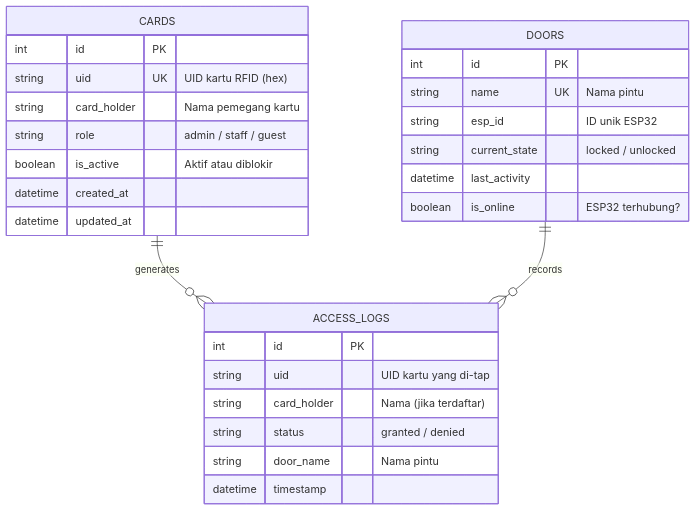
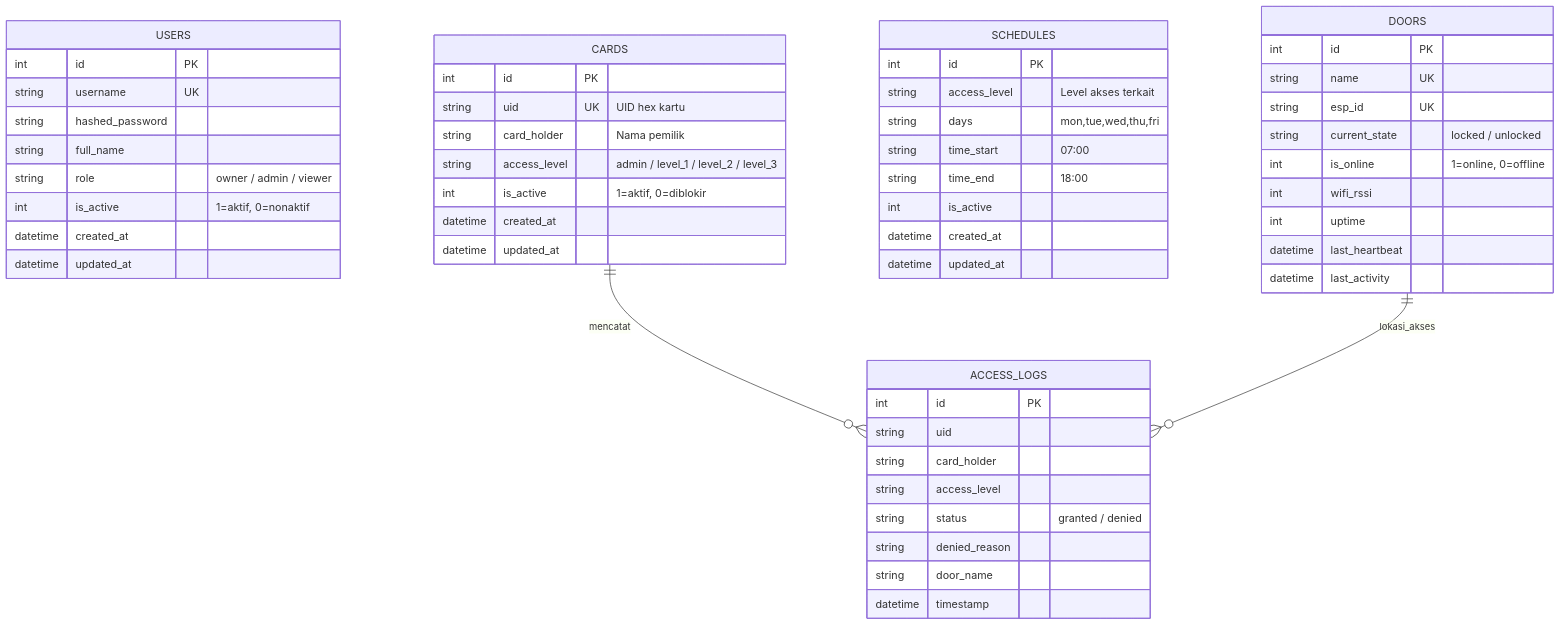
Before and after one commit to Kyz-Riki/web-IoT-access-controll: the third of 4 diagrams in ARSITEKTUR_SISTEM.md, drawn with Mermaid. The commit also changed other lines of this file and 23 other files, not shown here.

````diff
--- a/ARSITEKTUR_SISTEM.md
+++ b/ARSITEKTUR_SISTEM.md
@@ -112,33 +110,60 @@
 ```mermaid
 erDiagram
+    USERS {
+        int id PK
+        string username UK
+        string hashed_password
+        string full_name
+        string role "owner / admin / viewer"
+        int is_active "1=aktif, 0=nonaktif"
+        datetime created_at
+        datetime updated_at
+    }
+
     CARDS {
         int id PK
-        string uid UK "UID kartu RFID (hex)"
-        string card_holder "Nama pemegang kartu"
-        string role "admin / staff / guest"
-        boolean is_active "Aktif atau diblokir"
+        string uid UK "UID hex kartu"
+        string card_holder "Nama pemilik"
+        string access_level "admin / level_1 / level_2 / level_3"
+        int is_active "1=aktif, 0=diblokir"
+        datetime created_at
+        datetime updated_at
+    }
+
+    SCHEDULES {
+        int id PK
+        string access_level "Level akses terkait"
+        string days "mon,tue,wed,thu,fri"
+        string time_start "07:00"
+        string time_end "18:00"
+        int is_active
         datetime created_at
         datetime updated_at
     }
 
     ACCESS_LOGS {
         int id PK
-        string uid "UID kartu yang di-tap"
-        string card_holder "Nama (jika terdaftar)"
+        string uid
+        string card_holder
+        string access_level
         string status "granted / denied"
-        string door_name "Nama pintu"
+        string denied_reason
+        string door_name
         datetime timestamp
     }
 
     DOORS {
         int id PK
-        string name UK "Nama pintu"
-        string esp_id "ID unik ESP32"
+        string name UK
+        string esp_id UK
         string current_state "locked / unlocked"
+        int is_online "1=online, 0=offline"
+        int wifi_rssi
+        int uptime
+        datetime last_heartbeat
         datetime last_activity
-        boolean is_online "ESP32 terhubung?"
     }
 
-    CARDS ||--o{ ACCESS_LOGS : "generates"
-    DOORS ||--o{ ACCESS_LOGS : "records"
+    CARDS ||--o{ ACCESS_LOGS : "mencatat"
+    DOORS ||--o{ ACCESS_LOGS : "lokasi_akses"
 ```
````
